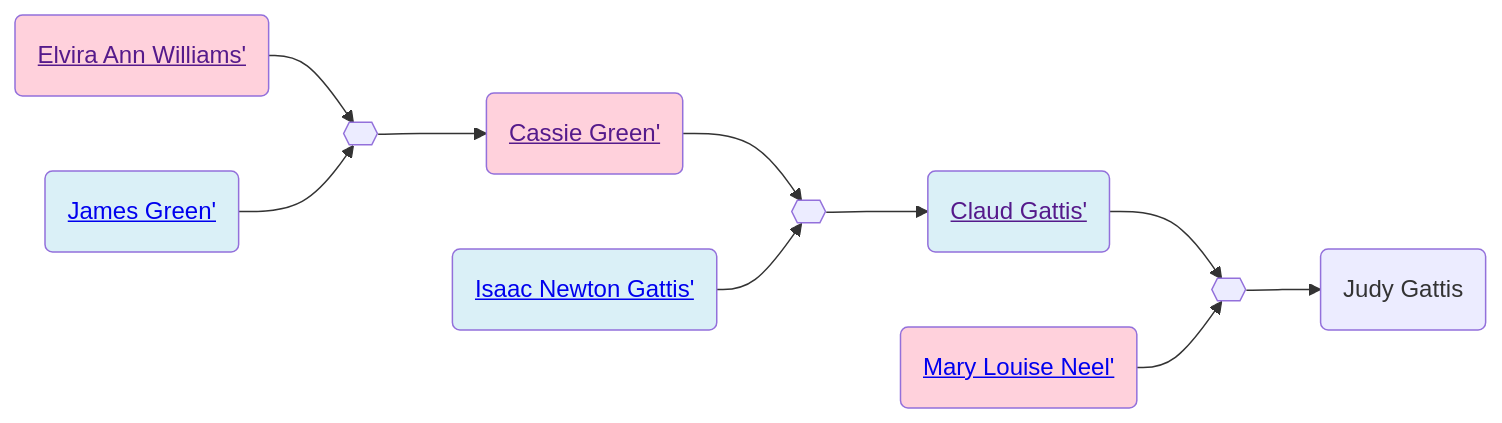
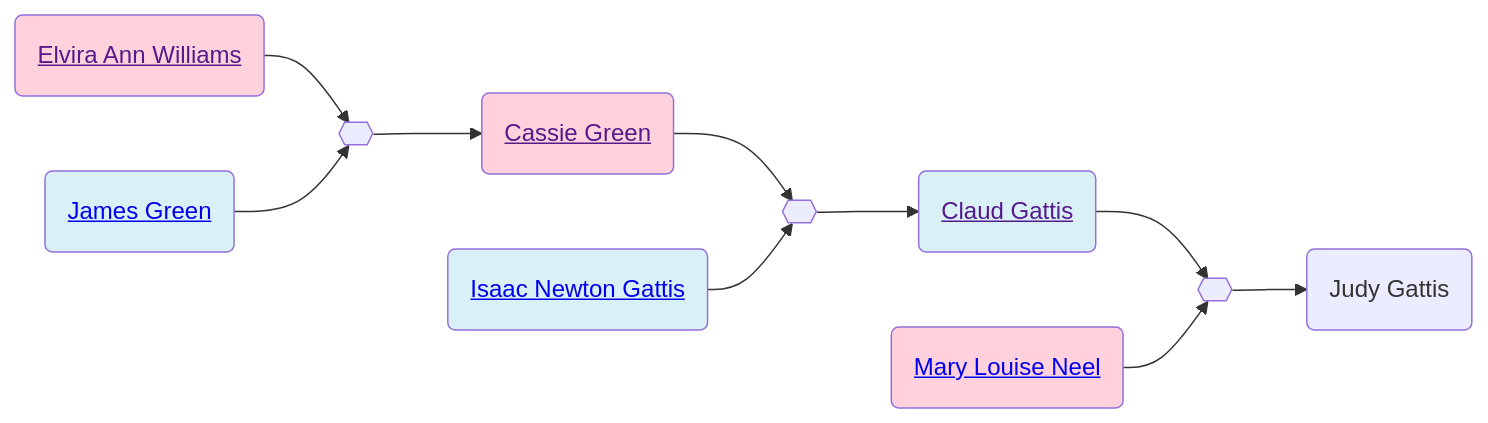
The second of 2 diagrams in familyhistory/sources/people/Gattis-line/Green-line/Williams-line/Elvira_Ann_Williams.qmd (neelsmith/avocational), drawn with Mermaid before and after one commit. The commit also changed other lines of this file and 96 other files, not shown here.

````diff
--- a/familyhistory/sources/people/Gattis-line/Green-line/Williams-line/Elvira_Ann_Williams.qmd
+++ b/familyhistory/sources/people/Gattis-line/Green-line/Williams-line/Elvira_Ann_Williams.qmd
@@ -43,26 +43,26 @@
 ```{mermaid}
 graph LR
 %% LR descendant diagram
 class Elvira_Ann_Williams_and_James_Green marriage
-Elvira_Ann_Williams(<a href=''>Elvira Ann Williams'</>) --> Elvira_Ann_Williams_and_James_Green{{ }}
-James_Green(<a href='./../James_Green.html'>James Green'</>) --> Elvira_Ann_Williams_and_James_Green{{ }}
+Elvira_Ann_Williams(<a href=''>Elvira Ann Williams</a>) --> Elvira_Ann_Williams_and_James_Green{{ }}
+James_Green(<a href='./../James_Green.html'>James Green</a>) --> Elvira_Ann_Williams_and_James_Green{{ }}
 class James_Green father
 class Elvira_Ann_Williams mother
-Elvira_Ann_Williams_and_James_Green{{ }} --> Cassie_Green(<a href='./../Cassie_Green.html'>Cassie Green'</>)
+Elvira_Ann_Williams_and_James_Green{{ }} --> Cassie_Green(<a href='./../Cassie_Green.html'>Cassie Green</a>)
 class Cassie_Green_and_Isaac_Newton_Gattis marriage
-Cassie_Green(<a href=''>Cassie Green'</>) --> Cassie_Green_and_Isaac_Newton_Gattis{{ }}
-Isaac_Newton_Gattis(<a href='./../Isaac_Newton_Gattis.html'>Isaac Newton Gattis'</>) --> Cassie_Green_and_Isaac_Newton_Gattis{{ }}
+Cassie_Green(<a href=''>Cassie Green</a>) --> Cassie_Green_and_Isaac_Newton_Gattis{{ }}
+Isaac_Newton_Gattis(<a href='./../Isaac_Newton_Gattis.html'>Isaac Newton Gattis</a>) --> Cassie_Green_and_Isaac_Newton_Gattis{{ }}
 class Isaac_Newton_Gattis father
 class Cassie_Green mother
-Cassie_Green_and_Isaac_Newton_Gattis{{ }} --> Claud_Gattis(<a href='./../Claud_Gattis.html'>Claud Gattis'</>)
+Cassie_Green_and_Isaac_Newton_Gattis{{ }} --> Claud_Gattis(<a href='./../Claud_Gattis.html'>Claud Gattis</a>)
 class Claud_Gattis_and_Mary_Louise_Neel marriage
-Claud_Gattis(<a href=''>Claud Gattis'</>) --> Claud_Gattis_and_Mary_Louise_Neel{{ }}
-Mary_Louise_Neel(<a href='./../Neel-line/Mary_Louise_Neel.html'>Mary Louise Neel'</>) --> Claud_Gattis_and_Mary_Louise_Neel{{ }}
+Claud_Gattis(<a href=''>Claud Gattis</a>) --> Claud_Gattis_and_Mary_Louise_Neel{{ }}
+Mary_Louise_Neel(<a href='./../Neel-line/Mary_Louise_Neel.html'>Mary Louise Neel</a>) --> Claud_Gattis_and_Mary_Louise_Neel{{ }}
 class Claud_Gattis father
 class Mary_Louise_Neel mother
 Claud_Gattis_and_Mary_Louise_Neel{{ }} --> Judy_Gattis(Judy Gattis)
 classDef mother fill:#ffd1dc
 classDef father fill:#daf0f7  
 classDef marriage fill:#ffffff
 
 ```
````
